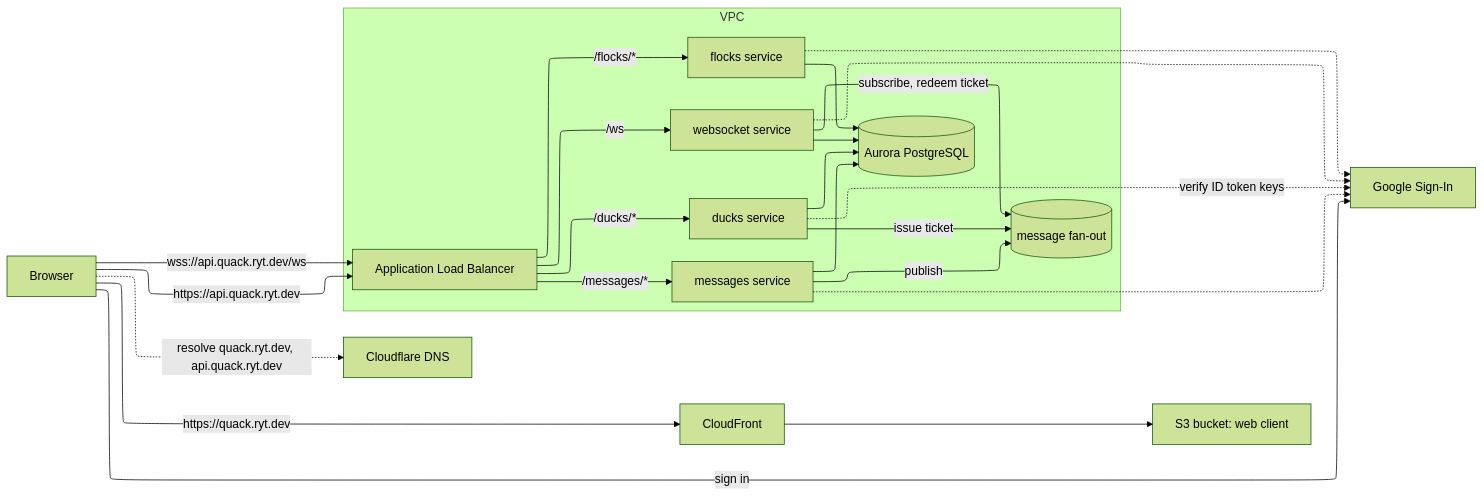
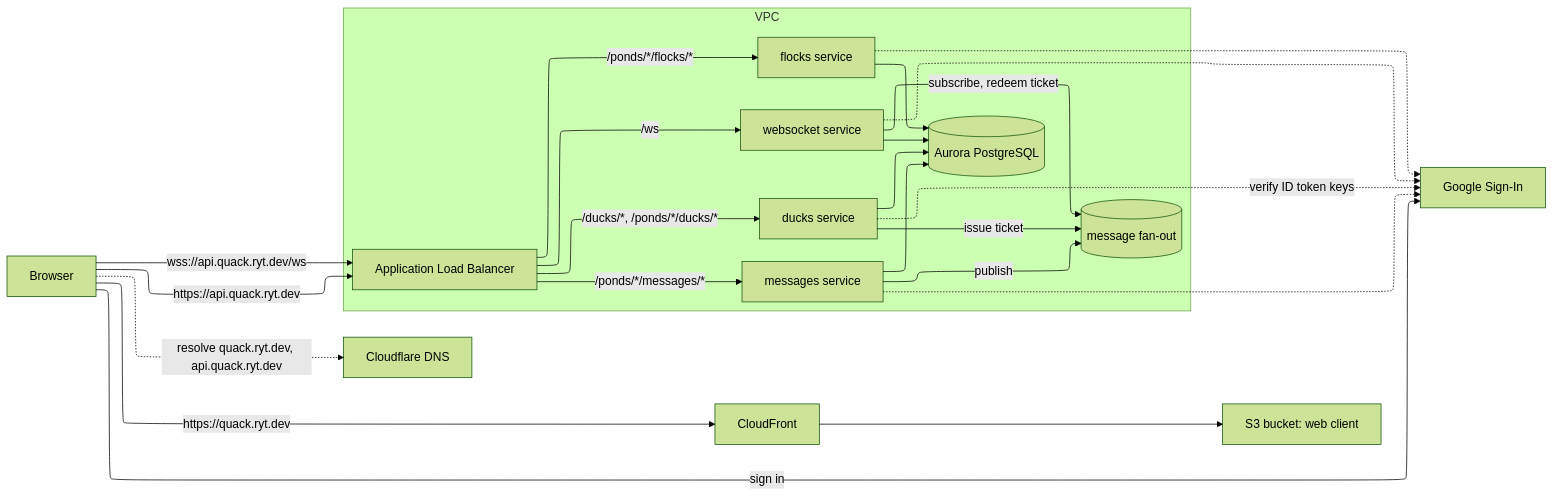
Before and after one commit to fractionalJoe/quack: the diagram in docs/design/architecture.md, drawn with Mermaid. The commit also changed other lines of this file and 10 other files, not shown here.

````diff
--- a/docs/design/architecture.md
+++ b/docs/design/architecture.md
@@ -7,34 +7,34 @@
 ```mermaid
 ---
 config:
   theme: forest
   layout: elk
 ---
 flowchart LR
     Browser -.->|"resolve quack.ryt.dev, api.quack.ryt.dev"| CFDNS["Cloudflare DNS"]
     Browser -->|"sign in"| Google["Google Sign-In"]
     Browser -->|"https://quack.ryt.dev"| CF["CloudFront"] --> S3["S3 bucket: web client"]
     Browser -->|"https://api.quack.ryt.dev"| ALB["Application Load Balancer"]
     Browser -->|"wss://api.quack.ryt.dev/ws"| ALB
 
     subgraph VPC
-        ALB -->|"/ducks/*"| Ducks["ducks service"]
-        ALB -->|"/flocks/*"| Flocks["flocks service"]
-        ALB -->|"/messages/*"| Messages["messages service"]
+        ALB -->|"/ducks/*, /ponds/*/ducks/*"| Ducks["ducks service"]
+        ALB -->|"/ponds/*/flocks/*"| Flocks["flocks service"]
+        ALB -->|"/ponds/*/messages/*"| Messages["messages service"]
         ALB -->|"/ws"| WS["websocket service"]
 
         Ducks --> DS[("Aurora PostgreSQL")]
         Flocks --> DS
         Messages --> DS
         WS --> DS
 
         Ducks -->|"issue ticket"| Fanout[("message fan-out")]
         Messages -->|"publish"| Fanout
         WS -->|"subscribe, redeem ticket"| Fanout
     end
 
     Ducks -.->|"verify ID token keys"| Google
     Flocks -.-> Google
     Messages -.-> Google
     WS -.-> Google
 ```
````
